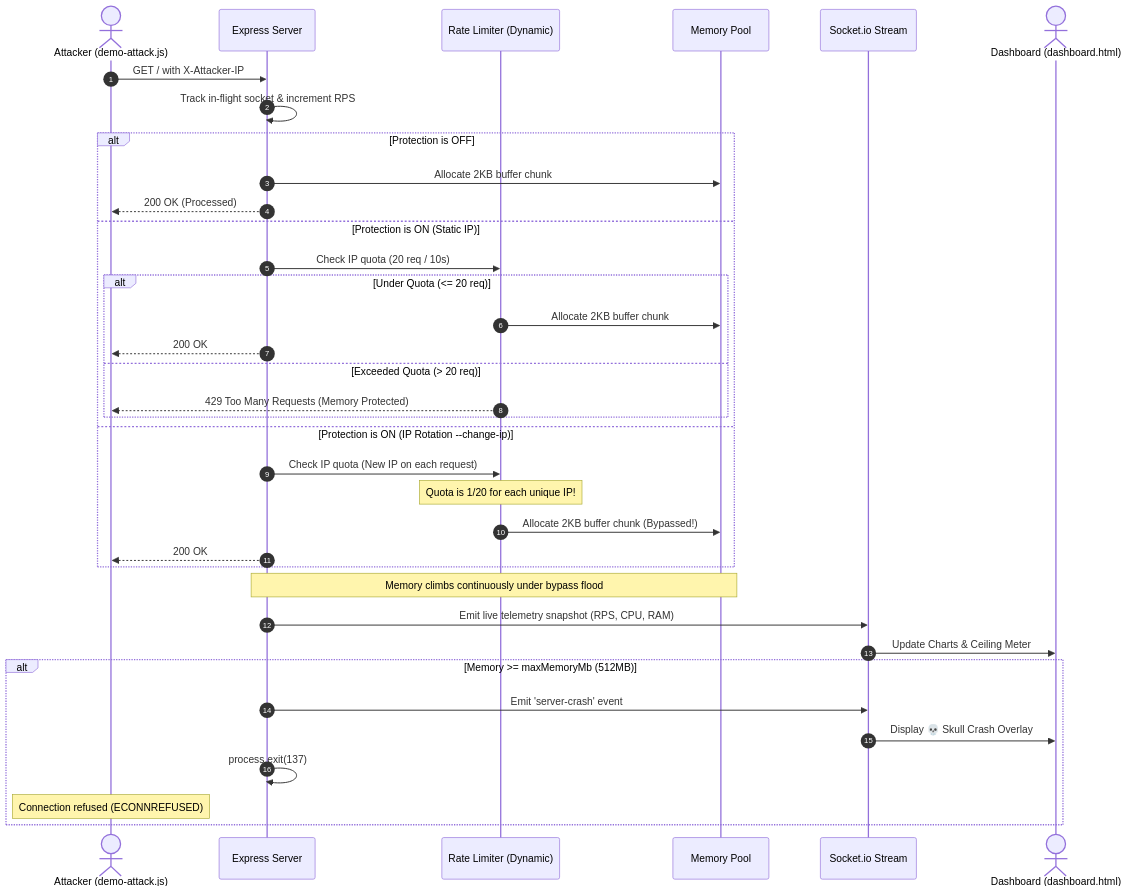
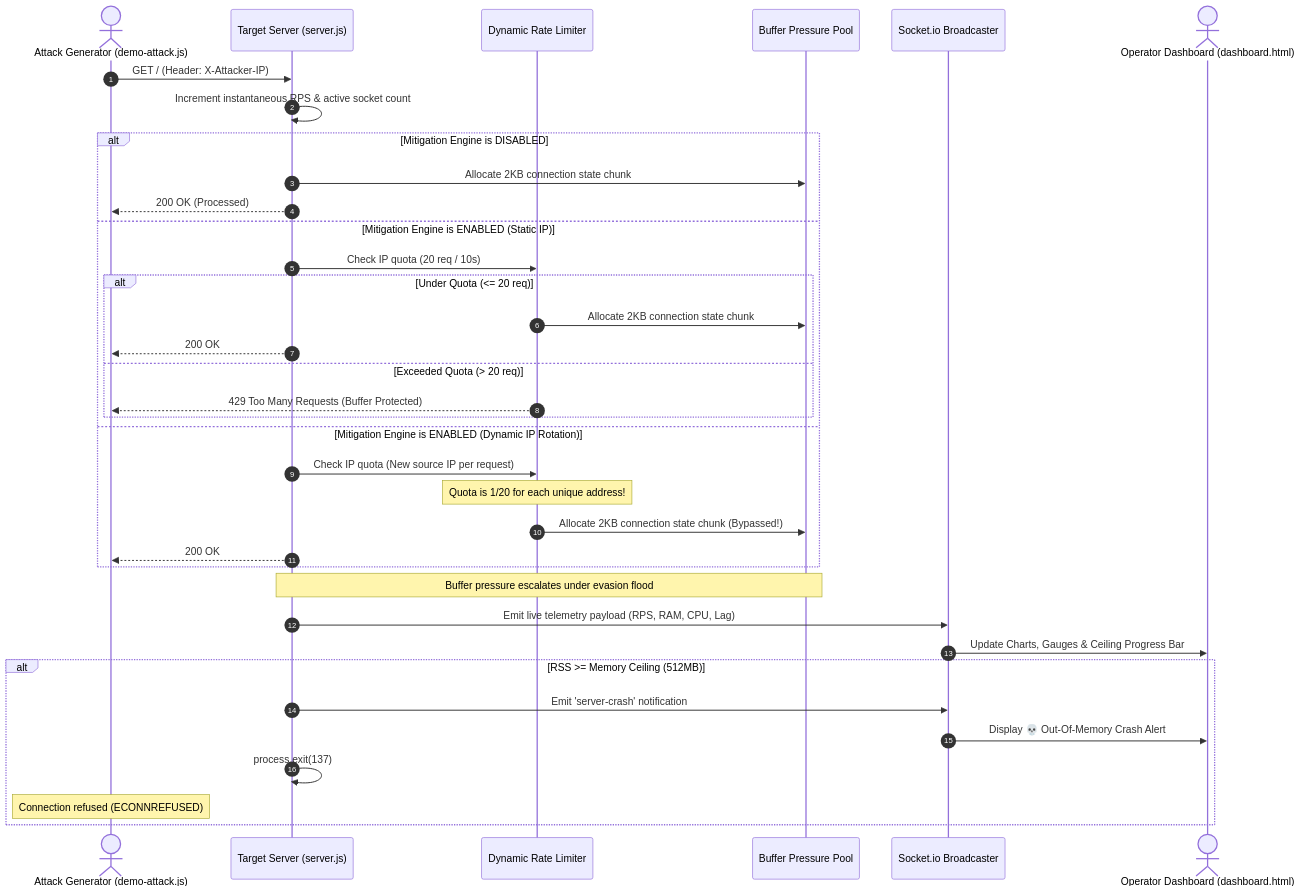
The second of 2 diagrams in README.md (mohamedfo17/DDOS), drawn with Mermaid before and after one commit. The commit also changed other lines of this file and 5 other files, not shown here.

````diff
--- a/README.md
+++ b/README.md
@@ -108,39 +111,39 @@
 ```mermaid
 sequenceDiagram
     autonumber
-    actor Attacker as Attacker (demo-attack.js)
-    participant Srv as Express Server
-    participant Lim as Rate Limiter (Dynamic)
-    participant Pool as Memory Pool
-    participant Socket as Socket.io Stream
-    actor UI as Dashboard (dashboard.html)
+    actor Attacker as Attack Generator (demo-attack.js)
+    participant Engine as Target Server (server.js)
+    participant Filter as Dynamic Rate Limiter
+    participant Memory as Buffer Pressure Pool
+    participant Socket as Socket.io Broadcaster
+    actor SOC as Operator Dashboard (dashboard.html)
 
-    Attacker->>Srv: GET / with X-Attacker-IP
-    Srv->>Srv: Track in-flight socket & increment RPS
-    alt Protection is OFF
-        Srv->>Pool: Allocate 2KB buffer chunk
-        Srv-->>Attacker: 200 OK (Processed)
-    else Protection is ON (Static IP)
-        Srv->>Lim: Check IP quota (20 req / 10s)
+    Attacker->>Engine: GET / (Header: X-Attacker-IP)
+    Engine->>Engine: Increment instantaneous RPS & active socket count
+    alt Mitigation Engine is DISABLED
+        Engine->>Memory: Allocate 2KB connection state chunk
+        Engine-->>Attacker: 200 OK (Processed)
+    else Mitigation Engine is ENABLED (Static IP)
+        Engine->>Filter: Check IP quota (20 req / 10s)
         alt Under Quota (<= 20 req)
-            Lim->>Pool: Allocate 2KB buffer chunk
-            Srv-->>Attacker: 200 OK
+            Filter->>Memory: Allocate 2KB connection state chunk
+            Engine-->>Attacker: 200 OK
         else Exceeded Quota (> 20 req)
-            Lim-->>Attacker: 429 Too Many Requests (Memory Protected)
+            Filter-->>Attacker: 429 Too Many Requests (Buffer Protected)
         end
-    else Protection is ON (IP Rotation --change-ip)
-        Srv->>Lim: Check IP quota (New IP on each request)
-        Note over Lim: Quota is 1/20 for each unique IP!
-        Lim->>Pool: Allocate 2KB buffer chunk (Bypassed!)
-        Srv-->>Attacker: 200 OK
+    else Mitigation Engine is ENABLED (Dynamic IP Rotation)
+        Engine->>Filter: Check IP quota (New source IP per request)
+        Note over Filter: Quota is 1/20 for each unique address!
+        Filter->>Memory: Allocate 2KB connection state chunk (Bypassed!)
+        Engine-->>Attacker: 200 OK
     end
-    Note over Pool,Srv: Memory climbs continuously under bypass flood
-    Srv->>Socket: Emit live telemetry snapshot (RPS, CPU, RAM)
-    Socket->>UI: Update Charts & Ceiling Meter
-    alt Memory >= maxMemoryMb (512MB)
-        Srv->>Socket: Emit 'server-crash' event
-        Socket->>UI: Display 💀 Skull Crash Overlay
-        Srv->>Srv: process.exit(137)
+    Note over Memory,Engine: Buffer pressure escalates under evasion flood
+    Engine->>Socket: Emit live telemetry payload (RPS, RAM, CPU, Lag)
+    Socket->>SOC: Update Charts, Gauges & Ceiling Progress Bar
+    alt RSS >= Memory Ceiling (512MB)
+        Engine->>Socket: Emit 'server-crash' notification
+        Socket->>SOC: Display 💀 Out-Of-Memory Crash Alert
+        Engine->>Engine: process.exit(137)
         Note over Attacker: Connection refused (ECONNREFUSED)
     end
 ```
````
